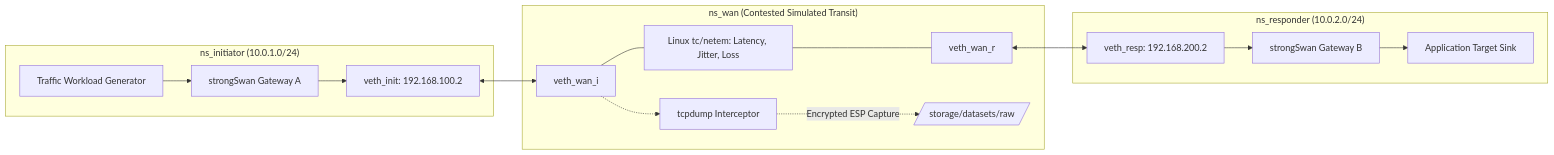
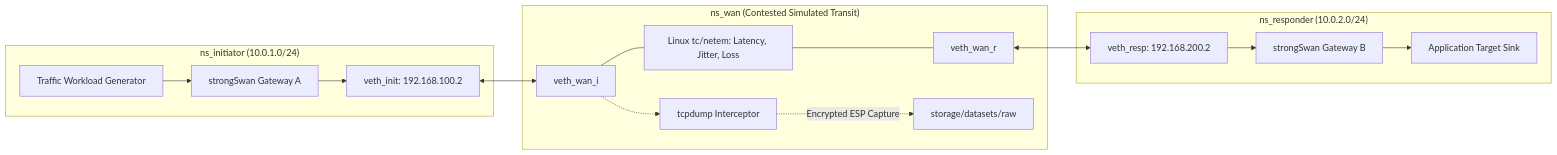
Before and after one commit to sharancode3/TunnelTrace-AI: the third of 13 diagrams in docs/architecture/ML_DATASET_ENGINEERING.md, drawn with Mermaid. The commit also changed other lines of this file and 14 other files, not shown here.

Commit message:
fix(docs): standardize all Mermaid diagram syntax for GitHub rendering

````diff
--- a/docs/architecture/ML_DATASET_ENGINEERING.md
+++ b/docs/architecture/ML_DATASET_ENGINEERING.md
@@ -223,21 +227,23 @@
 ```mermaid
+
 graph LR
-    subgraph "ns_initiator (10.0.1.0/24)"
-        GEN[Traffic Workload Generator] --> SWAN_A[strongSwan Gateway A]
-        SWAN_A --> VETH_A[veth_init: 192.168.100.2]
+    subgraph ns_initiator__10_0_1_0_24 ["ns_initiator (10.0.1.0/24)"]
+        GEN["Traffic Workload Generator"] --> SWAN_A["strongSwan Gateway A"]
+        SWAN_A --> VETH_A["veth_init: 192.168.100.2"]
     end
 
-    subgraph "ns_wan (Contested Simulated Transit)"
-        VETH_A <--> WAN_IN[veth_wan_i]
-        WAN_IN --- NETEM[Linux tc/netem: Latency, Jitter, Loss]
-        NETEM --- WAN_OUT[veth_wan_r]
-        TAP[tcpdump Interceptor] -.->|Encrypted ESP Capture| PCAP_OUT[/storage/datasets/raw/]
+    subgraph ns_wan__Contested_Simulated_Transit ["ns_wan (Contested Simulated Transit)"]
+        VETH_A <--> WAN_IN["veth_wan_i"]
+        WAN_IN --- NETEM["Linux tc/netem: Latency, Jitter, Loss"]
+        NETEM --- WAN_OUT["veth_wan_r"]
+        TAP["tcpdump Interceptor"] -.->|"Encrypted ESP Capture"| PCAP_OUT["storage/datasets/raw"]
         WAN_IN -.-> TAP
     end
 
-    subgraph "ns_responder (10.0.2.0/24)"
-        WAN_OUT <--> VETH_B[veth_resp: 192.168.200.2]
-        VETH_B --> SWAN_B[strongSwan Gateway B]
-        SWAN_B --> SINK[Application Target Sink]
+    subgraph ns_responder__10_0_2_0_24 ["ns_responder (10.0.2.0/24)"]
+        WAN_OUT <--> VETH_B["veth_resp: 192.168.200.2"]
+        VETH_B --> SWAN_B["strongSwan Gateway B"]
+        SWAN_B --> SINK["Application Target Sink"]
     end
+
 ```
````
